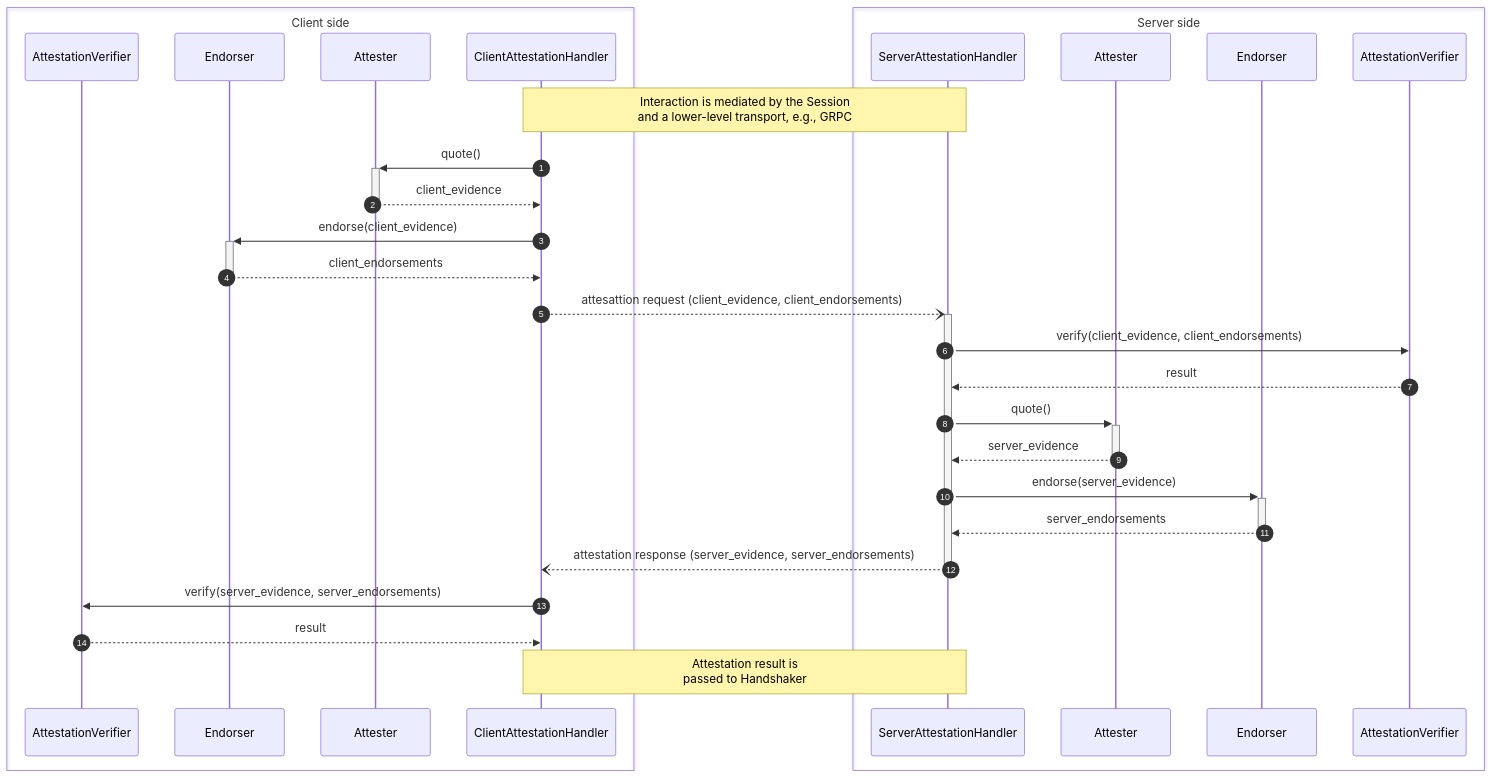
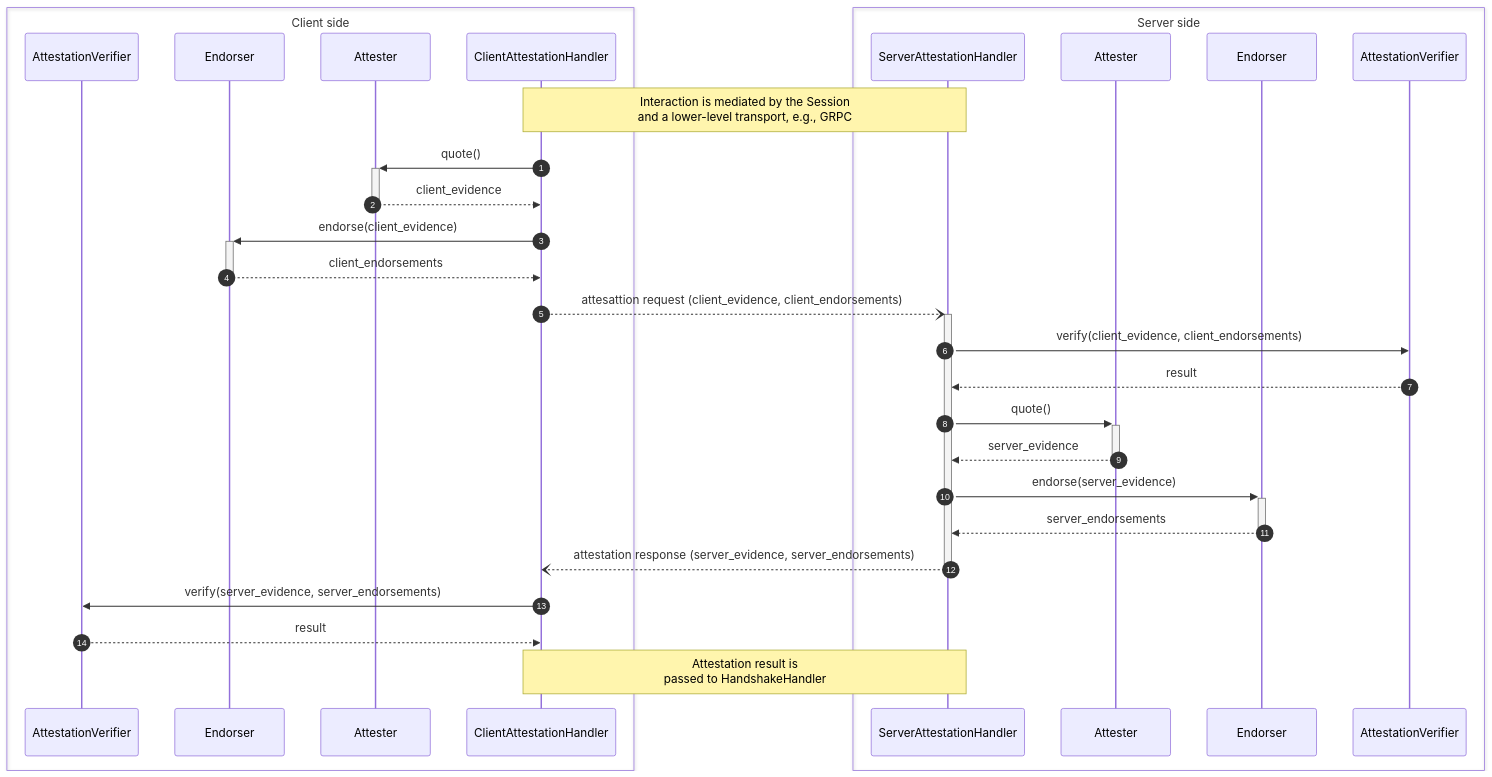
The third of 5 diagrams in oak_session/README.md (project-oak/oak), drawn with Mermaid before and after one commit. The commit also changed other lines of this file and 5 other files, not shown here.

Commit message:
Rename `Handshaker` to `HandshakeHandler` to be consistent with the AttestationHandler naming pattern.

````diff
--- a/oak_session/README.md
+++ b/oak_session/README.md
@@ -241,39 +241,39 @@
 ```mermaid
 sequenceDiagram
     autonumber
 
     box Client side
         participant CAV as AttestationVerifier
         participant CE as Endorser
         participant CA as Attester
         participant CAP as ClientAttestationHandler
     end
     box Server side
         participant SAP as ServerAttestationHandler
         participant SA as Attester
         participant SE as Endorser
         participant SAV as AttestationVerifier
     end
 
     Note over CAP,SAP: Interaction is mediated by the Session<br/> and a lower-level transport, e.g., GRPC
     CAP->>+CA: quote()
     CA-->>-CAP: client_evidence
     CAP->>+CE: endorse(client_evidence)
     CE-->>-CAP: client_endorsements
 
     CAP--)+SAP: attesattion request (client_evidence, client_endorsements)
 
     SAP->>SAV: verify(client_evidence, client_endorsements)
     SAV-->>SAP: result
     SAP->>+SA: quote()
     SA-->>-SAP: server_evidence
     SAP->>+SE: endorse(server_evidence)
     SE-->>-SAP: server_endorsements
 
     SAP--)-CAP: attestation response (server_evidence, server_endorsements)
 
     CAP->>CAV: verify(server_evidence, server_endorsements)
     CAV-->>CAP: result
 
-    Note over CAP, SAP: Attestation result is<br/> passed to Handshaker
+    Note over CAP, SAP: Attestation result is<br/> passed to HandshakeHandler
 ```
````
